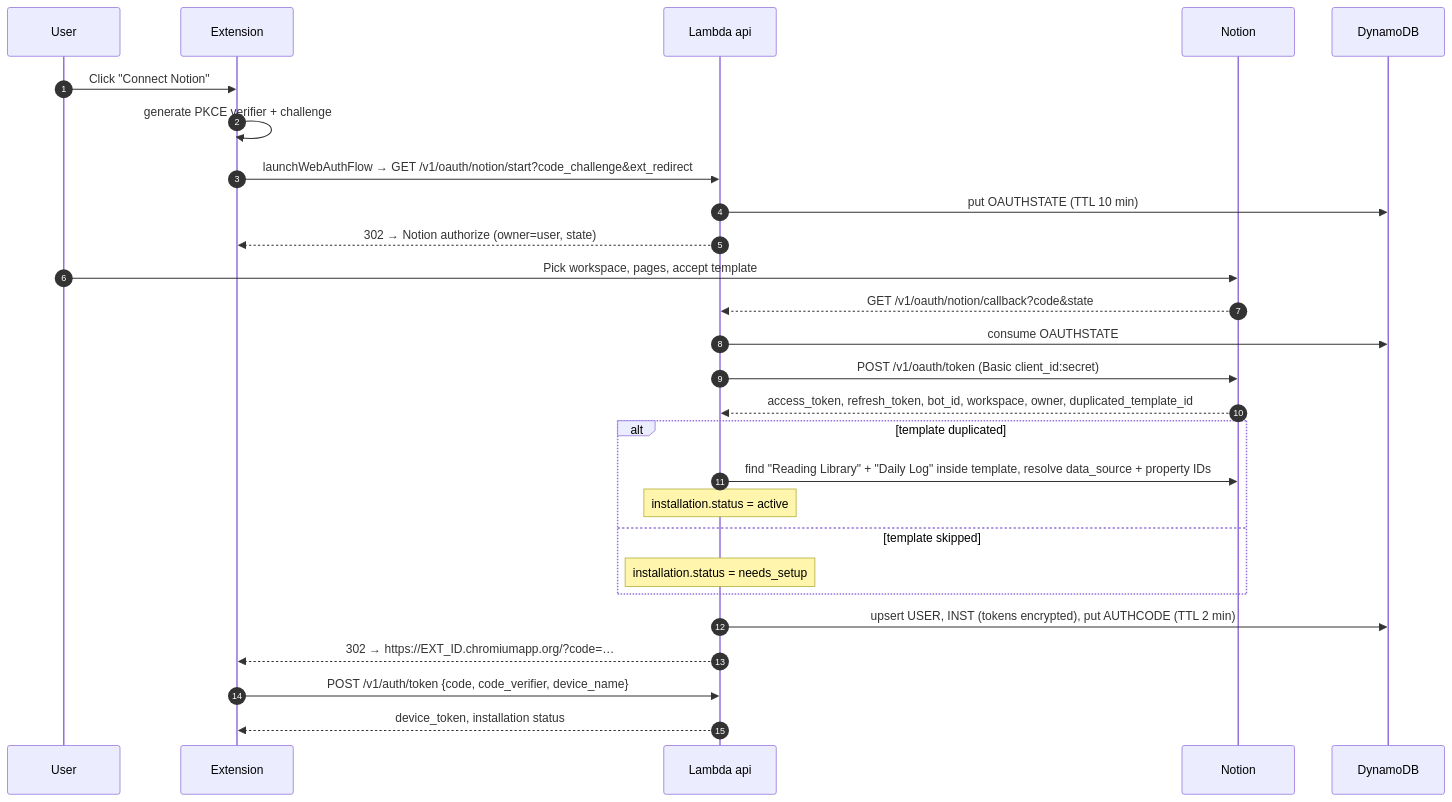
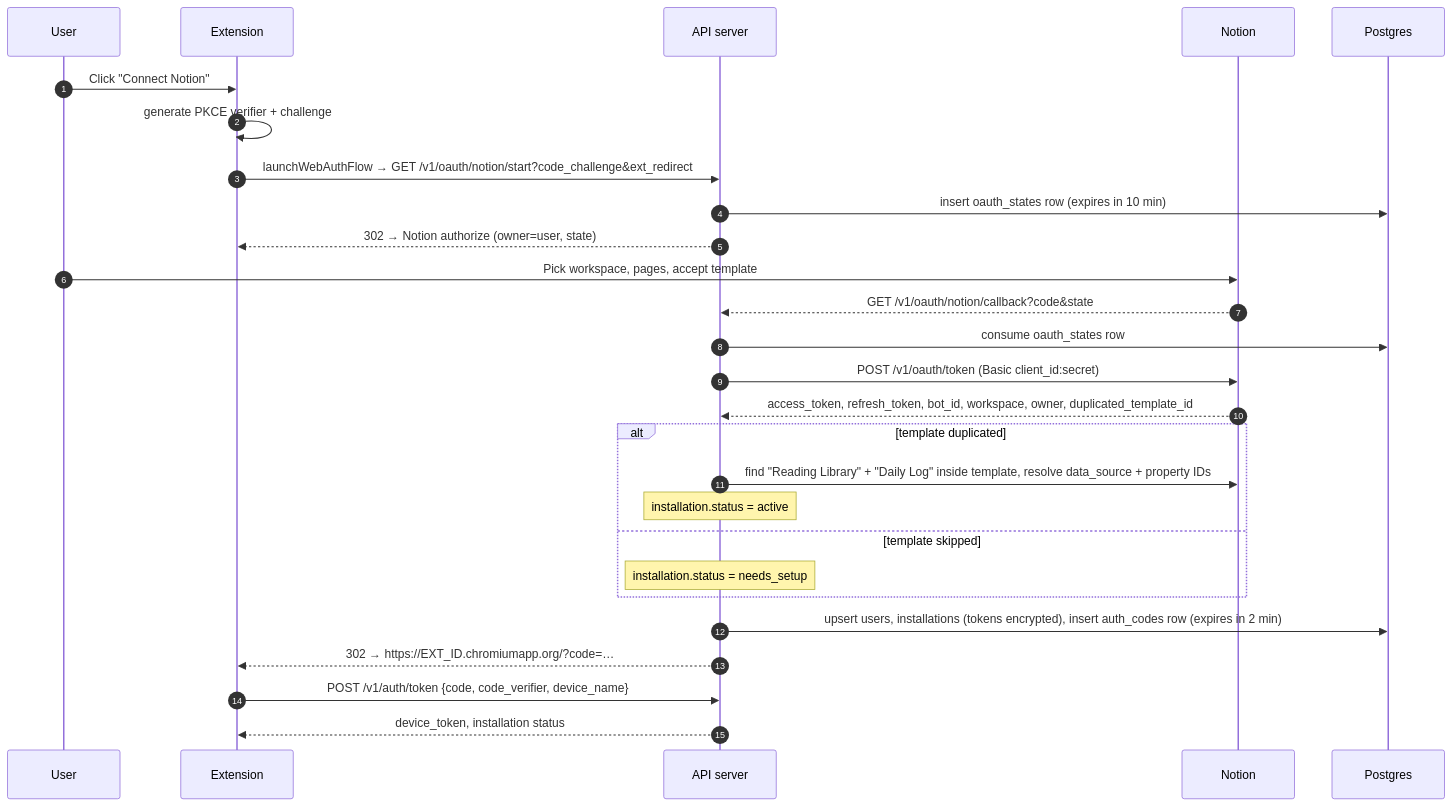
One commit to tuncloud/reading-chrome-extension changed the second of 7 diagrams in docs/reading-tracker-onboarding.md. Above: the diagram before and after it, drawn with Mermaid. The commit also changed other lines of this file and 7 other files, not shown here.

````diff
--- a/docs/reading-tracker-onboarding.md
+++ b/docs/reading-tracker-onboarding.md
@@ -209,30 +194,30 @@
 ```mermaid
 sequenceDiagram
     autonumber
     participant U as User
     participant X as Extension
-    participant A as Lambda api
+    participant A as API server
     participant N as Notion
-    participant D as DynamoDB
+    participant D as Postgres
 
     U->>X: Click "Connect Notion"
     X->>X: generate PKCE verifier + challenge
     X->>A: launchWebAuthFlow → GET /v1/oauth/notion/start?code_challenge&ext_redirect
-    A->>D: put OAUTHSTATE (TTL 10 min)
+    A->>D: insert oauth_states row (expires in 10 min)
     A-->>X: 302 → Notion authorize (owner=user, state)
     U->>N: Pick workspace, pages, accept template
     N-->>A: GET /v1/oauth/notion/callback?code&state
-    A->>D: consume OAUTHSTATE
+    A->>D: consume oauth_states row
     A->>N: POST /v1/oauth/token (Basic client_id:secret)
     N-->>A: access_token, refresh_token, bot_id, workspace, owner, duplicated_template_id
     alt template duplicated
         A->>N: find "Reading Library" + "Daily Log" inside template, resolve data_source + property IDs
         Note over A: installation.status = active
     else template skipped
         Note over A: installation.status = needs_setup
     end
-    A->>D: upsert USER, INST (tokens encrypted), put AUTHCODE (TTL 2 min)
+    A->>D: upsert users, installations (tokens encrypted), insert auth_codes row (expires in 2 min)
     A-->>X: 302 → https://EXT_ID.chromiumapp.org/?code=…
     X->>A: POST /v1/auth/token {code, code_verifier, device_name}
     A-->>X: device_token, installation status
 ```
````
